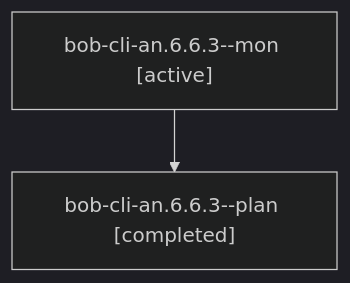
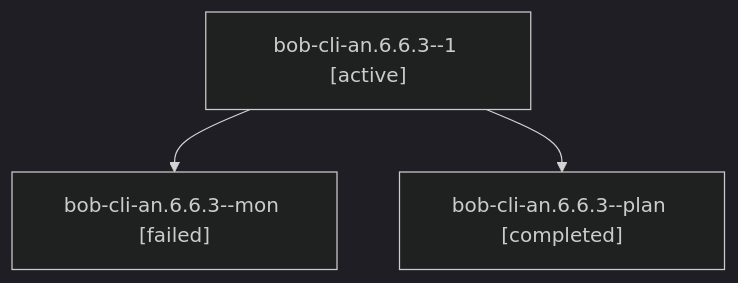
Before and after one commit to bobs-org/bob-cli--agents: the diagram in sessions/bbugyi200.athena.bob-cli-an.6.6.3.md, drawn with Mermaid (dark theme). The commit also changed other lines of this file and 86 other files, not shown here.

````diff
--- a/sessions/bbugyi200.athena.bob-cli-an.6.6.3.md
+++ b/sessions/bbugyi200.athena.bob-cli-an.6.6.3.md
@@ -9,6 +9,8 @@
 ```mermaid
 flowchart TD
-  n0["bob-cli-an.6.6.3--mon [active]"]
-  n1["bob-cli-an.6.6.3--plan [completed]"]
+  n0["bob-cli-an.6.6.3--1 [active]"]
+  n1["bob-cli-an.6.6.3--mon [failed]"]
   n0 --> n1
+  n2["bob-cli-an.6.6.3--plan [completed]"]
+  n0 --> n2
 ```
````
